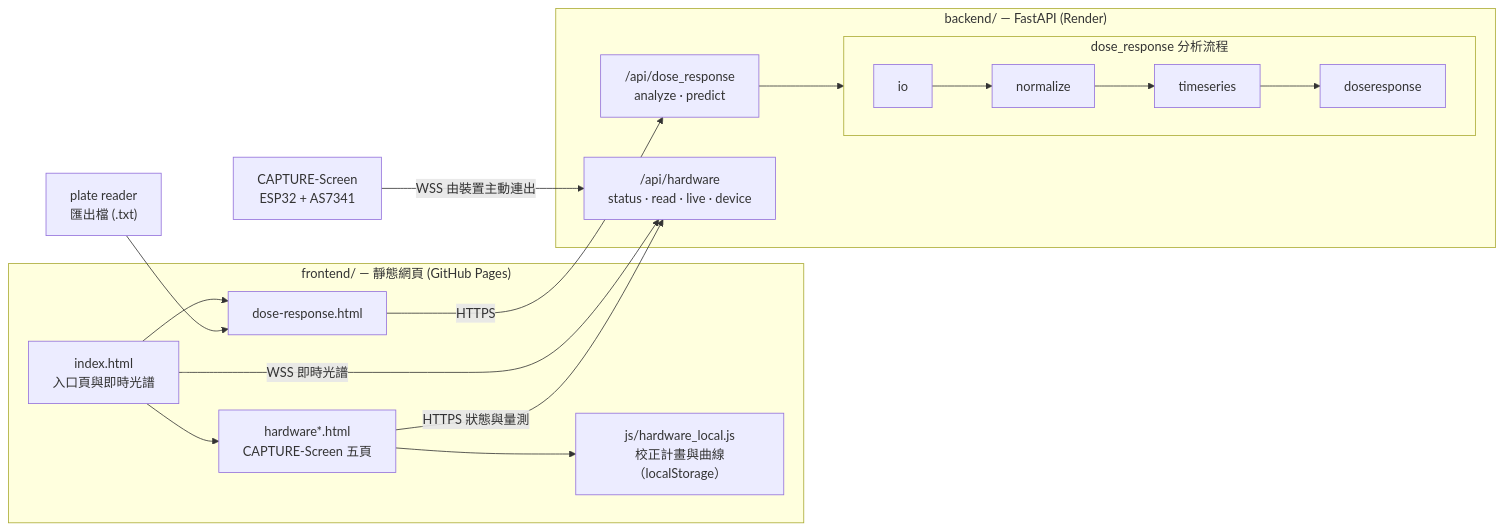
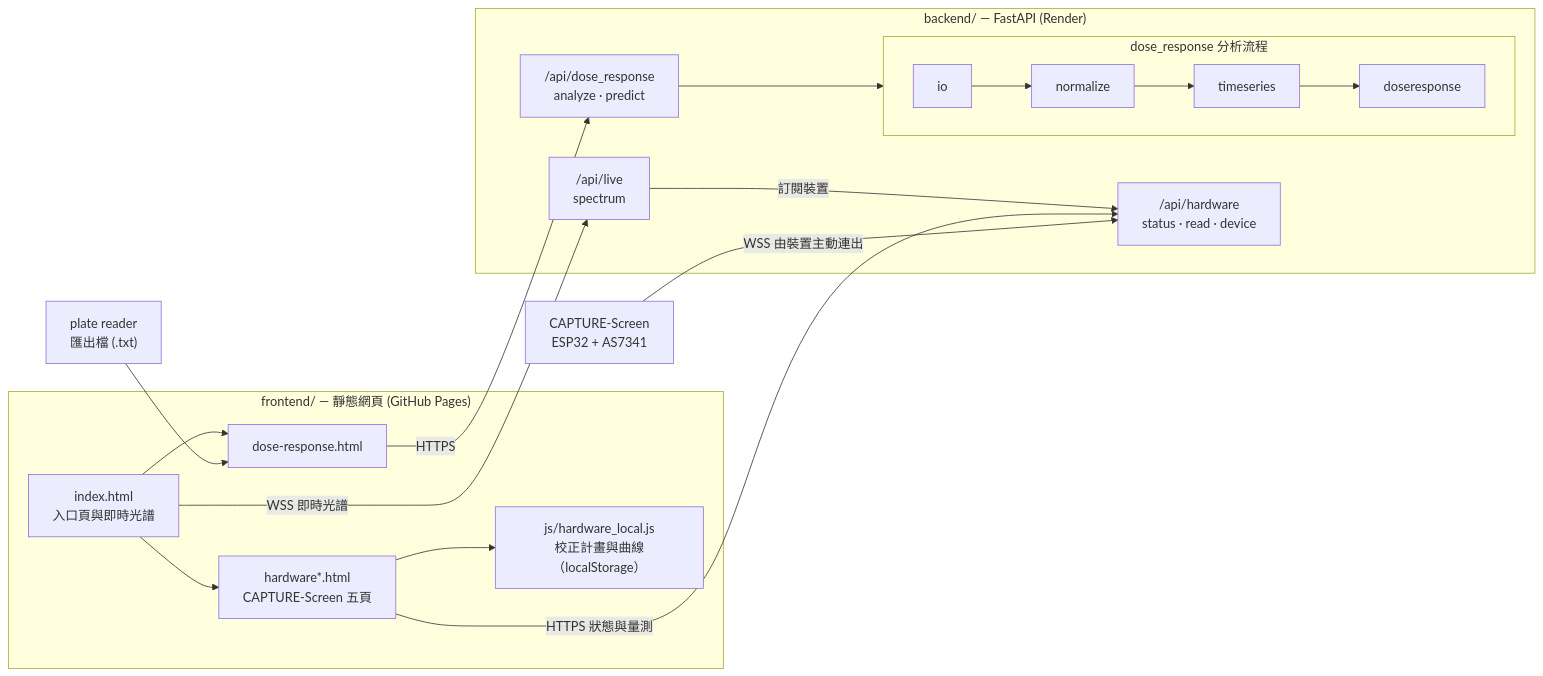
Before and after one commit to igem-ncku-software/igem-software: the diagram in README.md, drawn with Mermaid. The commit also changed other lines of this file and 16 other files, not shown here.

````diff
--- a/README.md
+++ b/README.md
@@ -14,31 +14,33 @@
 ```mermaid
 flowchart LR
     FILE["plate reader<br/>匯出檔 (.txt)"]
     DEV["CAPTURE-Screen<br/>ESP32 + AS7341"]
 
     subgraph FE["frontend/ — 靜態網頁 (GitHub Pages)"]
         IDX["index.html<br/>入口頁與即時光譜"]
         DR["dose-response.html"]
         HW["hardware*.html<br/>CAPTURE-Screen 五頁"]
         LOCAL["js/hardware_local.js<br/>校正計畫與曲線（localStorage）"]
         IDX --> DR
         IDX --> HW
         HW --> LOCAL
     end
 
     subgraph BE["backend/ — FastAPI (Render)"]
         RT1["/api/dose_response<br/>analyze · predict"]
-        HUB["/api/hardware<br/>status · read · live · device"]
+        HUB["/api/hardware<br/>status · read · device"]
+        LIVE["/api/live<br/>spectrum"]
+        LIVE -->|訂閱裝置| HUB
         subgraph PIPE["dose_response 分析流程"]
             direction LR
             IO["io"] --> NRM["normalize"] --> TS["timeseries"] --> DRS["doseresponse"]
         end
         RT1 --> PIPE
     end
 
     FILE --> DR
     DR -->|HTTPS| RT1
-    IDX -->|WSS 即時光譜| HUB
+    IDX -->|WSS 即時光譜| LIVE
     HW -->|HTTPS 狀態與量測| HUB
     DEV -->|WSS 由裝置主動連出| HUB
 ```
````
